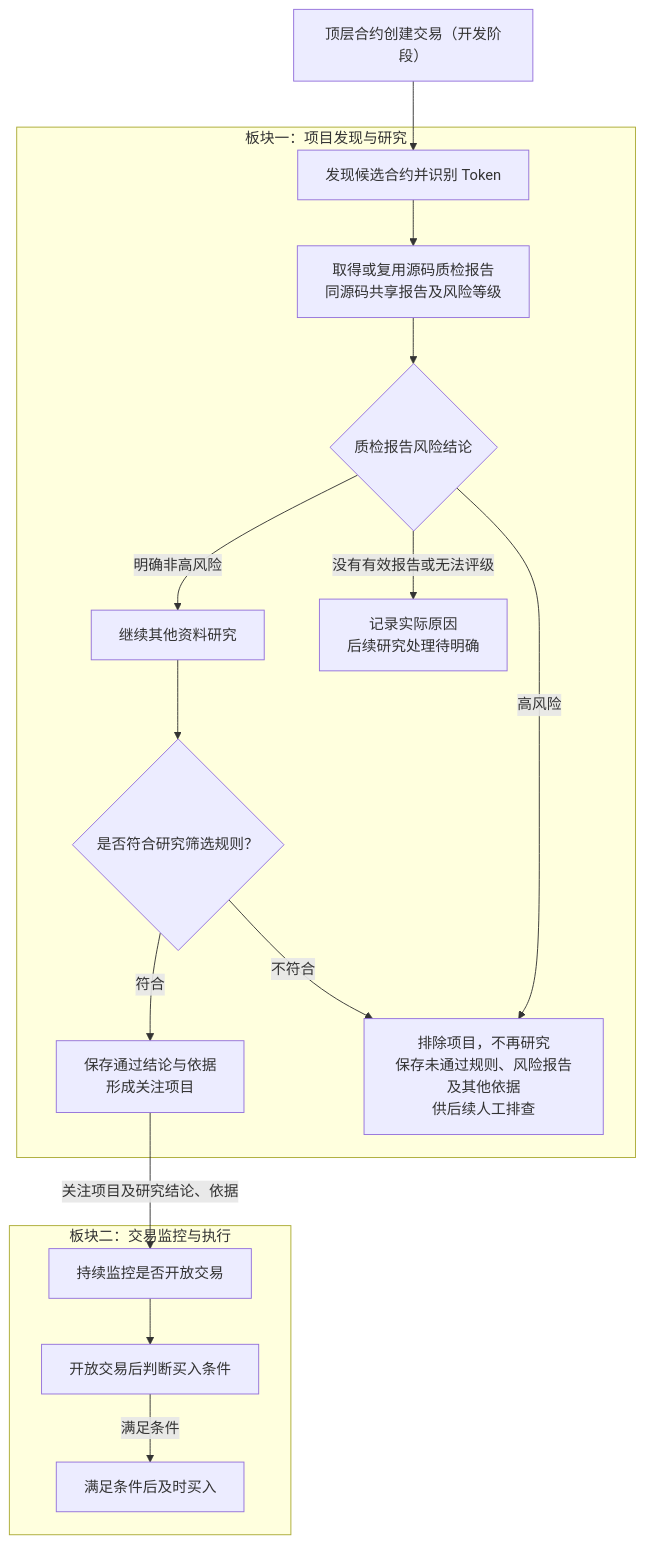
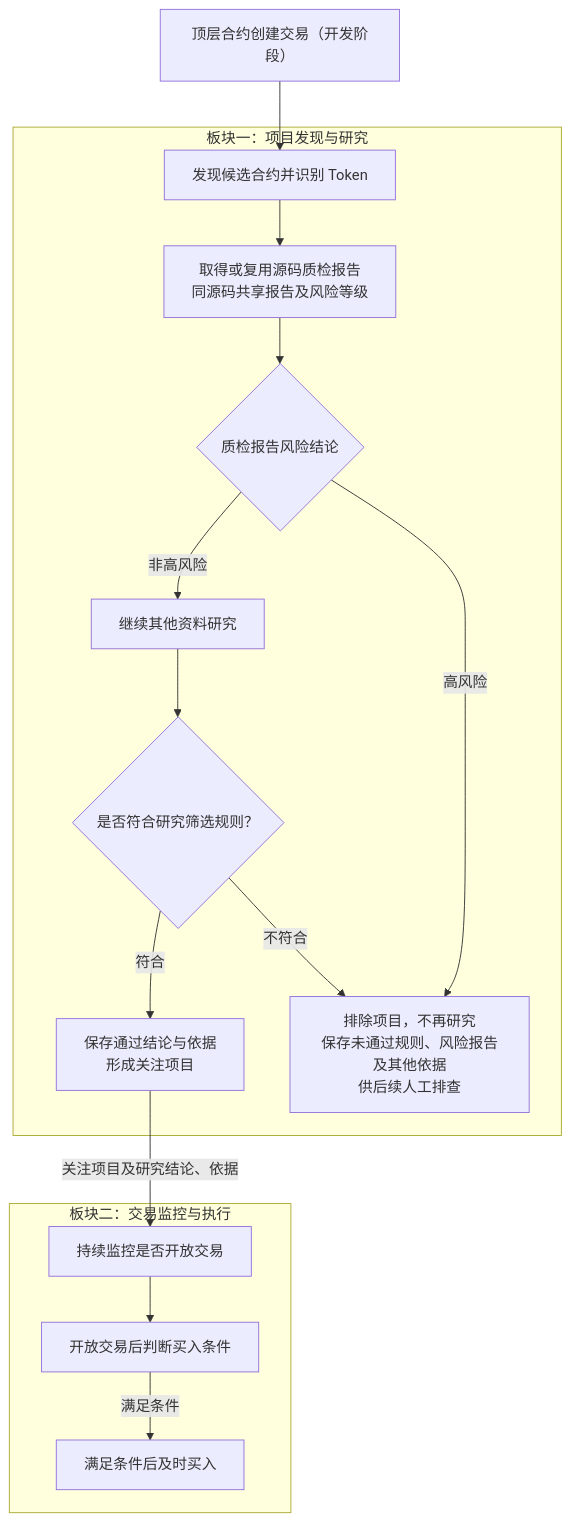
One commit to useryege/athena-o changed the diagram in docs/project/token-overall-flow.md. Above: the diagram before and after it, drawn with Mermaid. The commit also changed other lines of this file and 5 other files, not shown here.

````diff
--- a/docs/project/token-overall-flow.md
+++ b/docs/project/token-overall-flow.md
@@ -11,29 +11,28 @@
 ```mermaid
 flowchart TD
     deployed["顶层合约创建交易（开发阶段）"]
     subgraph research["板块一：项目发现与研究"]
         discover["发现候选合约并识别 Token"]
         review["取得或复用源码质检报告<br/>同源码共享报告及风险等级"]
         risk{"质检报告风险结论"}
         investigate["继续其他资料研究"]
         select{"是否符合研究筛选规则？"}
         selected["保存通过结论与依据<br/>形成关注项目"]
         filtered["排除项目，不再研究<br/>保存未通过规则、风险报告及其他依据<br/>供后续人工排查"]
         discover --> review --> risk
         risk -->|高风险| filtered
-        risk -->|明确非高风险| investigate
-        risk -->|没有有效报告或无法评级| unresolved["记录实际原因<br/>后续研究处理待明确"]
+        risk -->|非高风险| investigate
         investigate --> select
         select -->|符合| selected
         select -->|不符合| filtered
     end
     subgraph execution["板块二：交易监控与执行"]
         monitor["持续监控是否开放交易"]
         conditions["开放交易后判断买入条件"]
         buy["满足条件后及时买入"]
         monitor --> conditions
         conditions -->|满足条件| buy
     end
     deployed --> discover
     selected -->|关注项目及研究结论、依据| monitor
 ```
````
